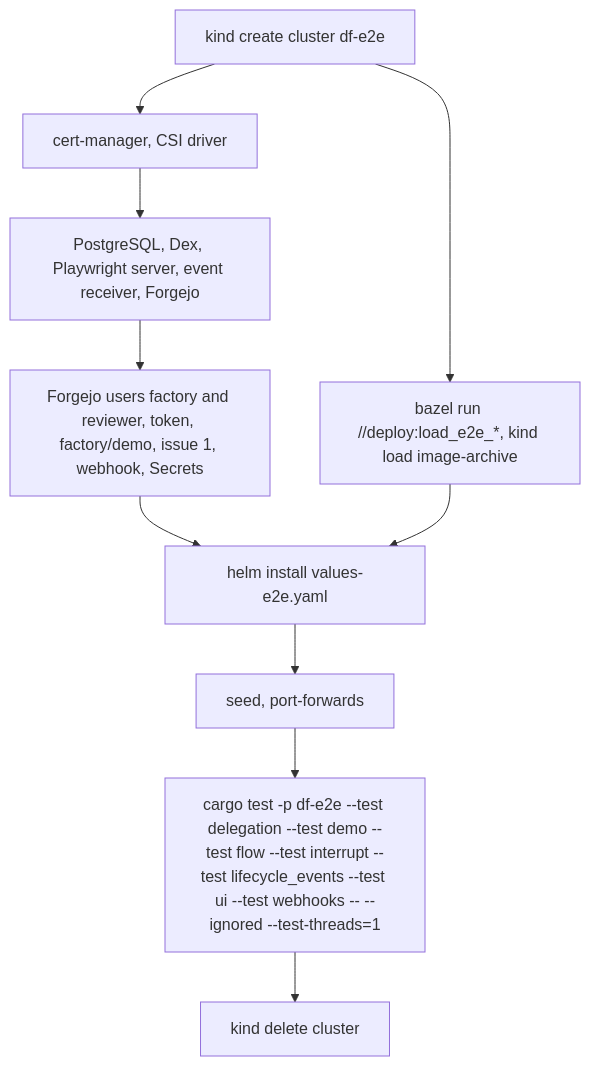
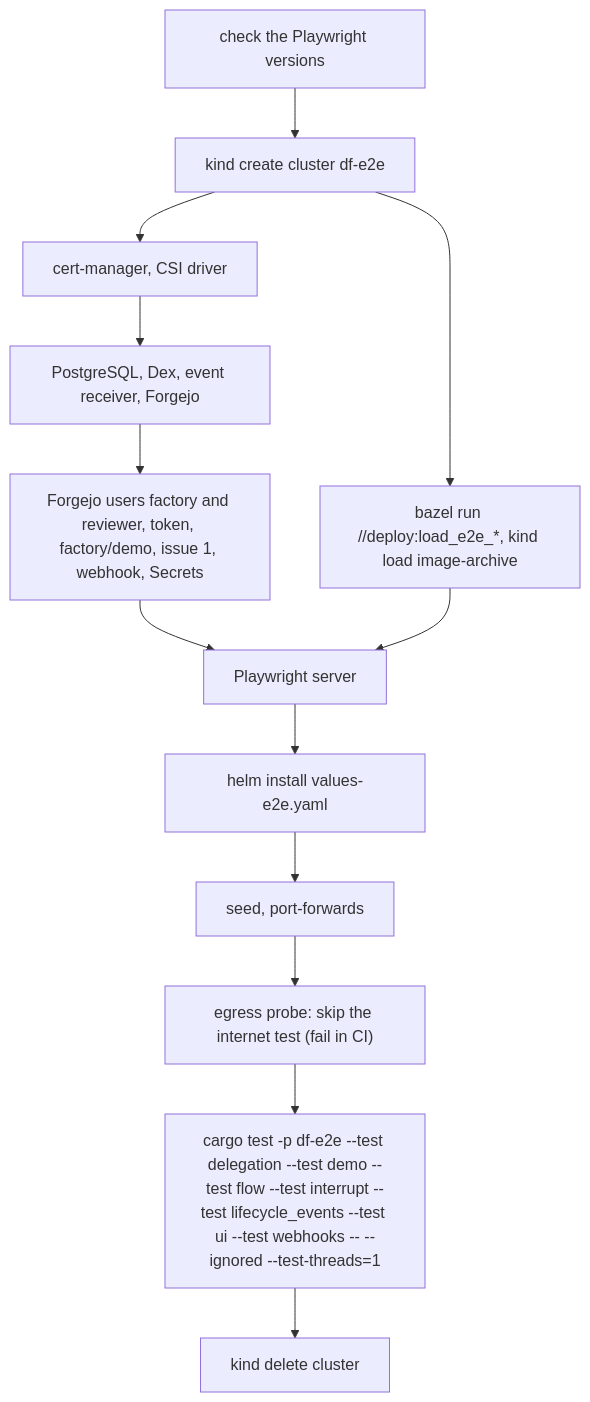
The diagram in docs/demo.md (prskr/dark-factory), drawn with Mermaid before and after one commit. The commit also changed other lines of this file and 25 other files, not shown here.

````diff
--- a/docs/demo.md
+++ b/docs/demo.md
@@ -27,12 +27,15 @@
 ```mermaid
 flowchart TD
-    A[kind create cluster df-e2e] --> B[cert-manager, CSI driver]
+    V[check the Playwright versions] --> A[kind create cluster df-e2e]
+    A --> B[cert-manager, CSI driver]
     A --> I[bazel run //deploy:load_e2e_*, kind load image-archive]
-    B --> C[PostgreSQL, Dex, Playwright server, event receiver, Forgejo]
+    B --> C[PostgreSQL, Dex, event receiver, Forgejo]
     C --> D[Forgejo users factory and reviewer, token, factory/demo, issue 1, webhook, Secrets]
-    D --> E[helm install values-e2e.yaml]
-    I --> E
+    D --> P[Playwright server]
+    I --> P
+    P --> E[helm install values-e2e.yaml]
     E --> F[seed, port-forwards]
-    F --> G["cargo test -p df-e2e --test delegation --test demo --test flow --test interrupt --test lifecycle_events --test ui --test webhooks -- --ignored --test-threads=1"]
+    F --> X["egress probe: skip the internet test (fail in CI)"]
+    X --> G["cargo test -p df-e2e --test delegation --test demo --test flow --test interrupt --test lifecycle_events --test ui --test webhooks -- --ignored --test-threads=1"]
     G --> H[kind delete cluster]
 ```
````
